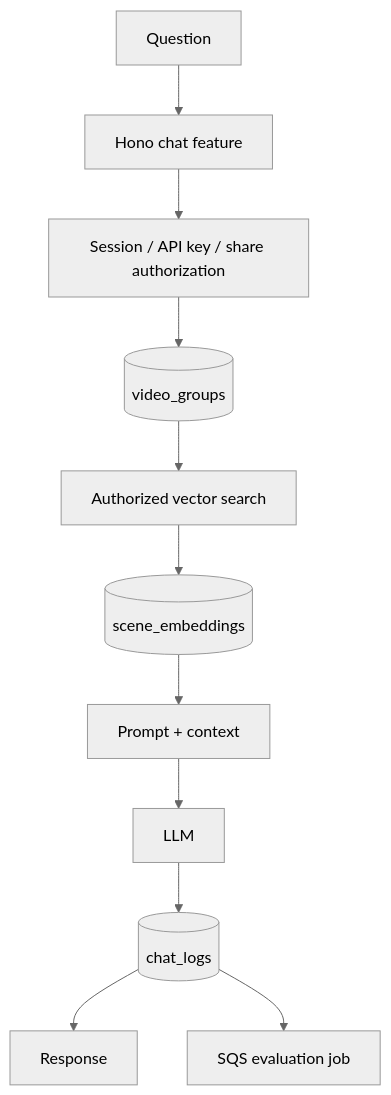
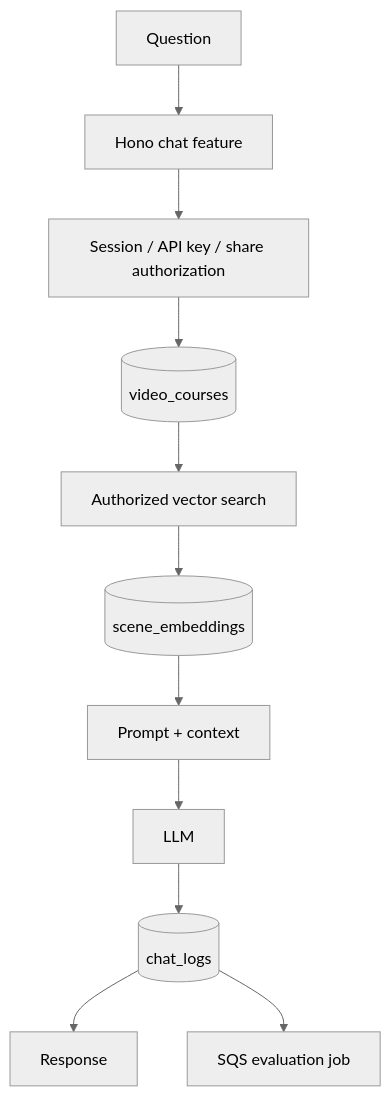
The second of 4 diagrams in docs/database/data-flow-diagram.md (yukiharada1228/videoq), drawn with Mermaid (neutral theme) before and after one commit. The commit also changed 140 other files, not shown here.

````diff
--- a/docs/database/data-flow-diagram.md
+++ b/docs/database/data-flow-diagram.md
@@ -23,13 +23,13 @@
 ```mermaid
 flowchart TD
     Question --> API[Hono chat feature]
     API --> Auth[Session / API key / share authorization]
-    Auth --> Group[(video_groups)]
-    Group --> Search[Authorized vector search]
+    Auth --> Course[(video_courses)]
+    Course --> Search[Authorized vector search]
     Search --> Scenes[(scene_embeddings)]
     Scenes --> Prompt[Prompt + context]
     Prompt --> LLM[LLM]
     LLM --> Log[(chat_logs)]
     Log --> Response
     Log --> SQS[SQS evaluation job]
 ```
````
